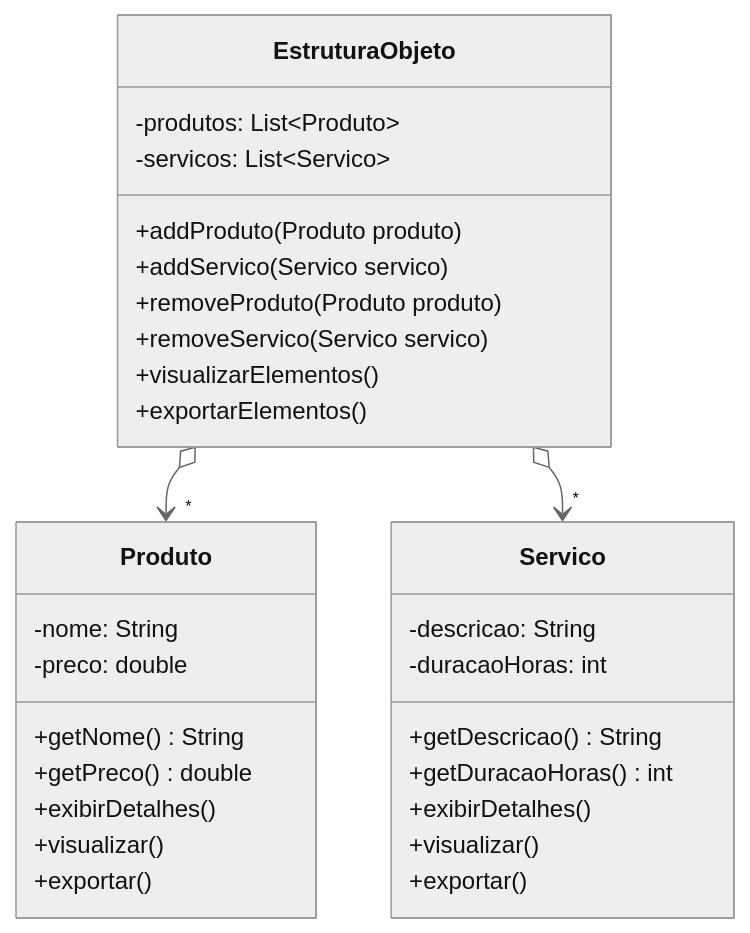
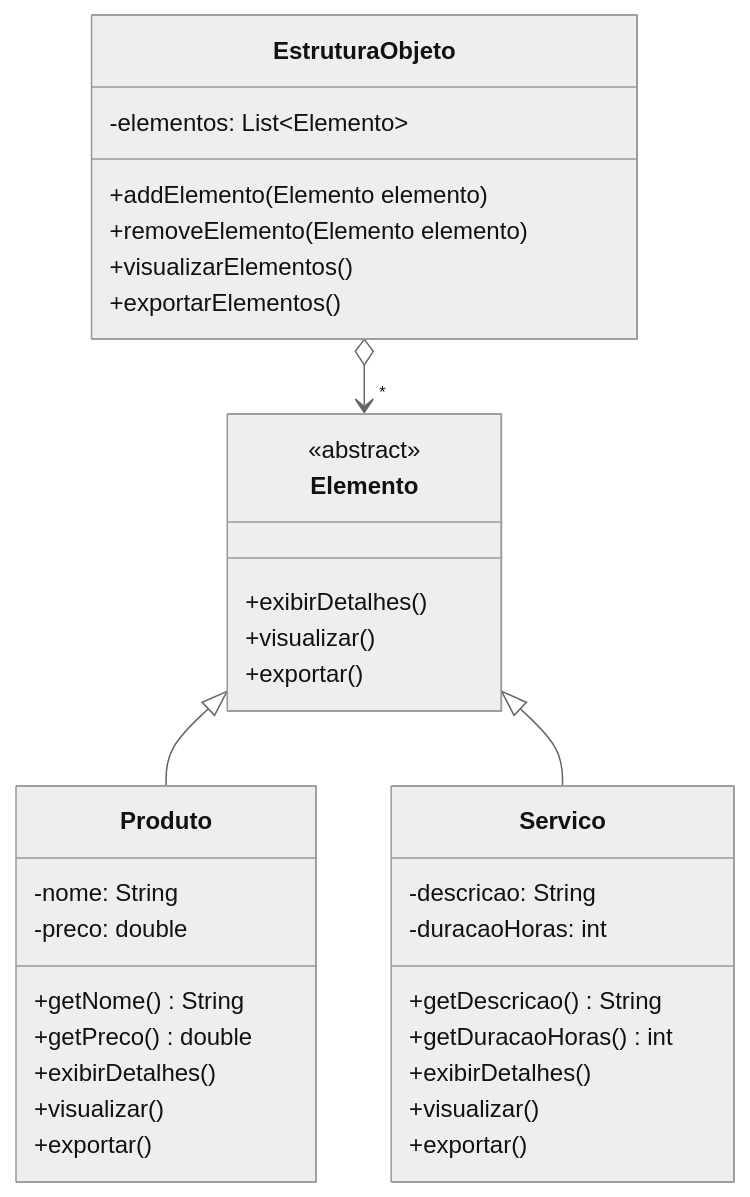
The first of 2 diagrams in src/Visitor/readme.md (20242-ifba-saj-ads-ppr/seminario-ppr-comportamentais-equipe4), drawn with Mermaid (neutral theme) before and after one commit. The commit also changed 4 other files, not shown here.

````diff
--- a/src/Visitor/readme.md
+++ b/src/Visitor/readme.md
@@ -28,36 +28,41 @@
 ```mermaid
 classDiagram
-    class EstruturaObjeto {
-        -produtos: List~Produto~
-        -servicos: List~Servico~
-        +addProduto(Produto produto)
-        +addServico(Servico servico)
-        +removeProduto(Produto produto)
-        +removeServico(Servico servico)
-        +visualizarElementos()
-        +exportarElementos()
+      class Elemento {
+        <<abstract>>
+        +exibirDetalhes()
+        +visualizar()
+        +exportar()
     }
 
     class Produto {
         -nome: String
         -preco: double
         +getNome() String
         +getPreco() double
         +exibirDetalhes()
         +visualizar()
         +exportar()
     }
 
     class Servico {
         -descricao: String
         -duracaoHoras: int
         +getDescricao() String
         +getDuracaoHoras() int
         +exibirDetalhes()
         +visualizar()
         +exportar()
     }
 
-    EstruturaObjeto o--> "*" Produto
-    EstruturaObjeto o--> "*" Servico
+    class EstruturaObjeto {
+        -elementos: List~Elemento~
+        +addElemento(Elemento elemento)
+        +removeElemento(Elemento elemento)
+        +visualizarElementos()
+        +exportarElementos()
+    }
+
+Elemento <|-- Produto
+Elemento <|-- Servico
+EstruturaObjeto o--> "*" Elemento
 ```
````
